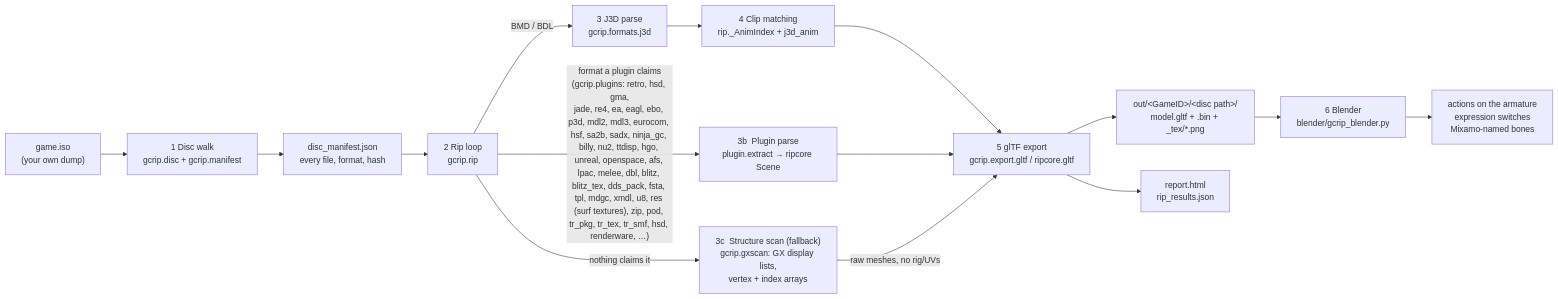
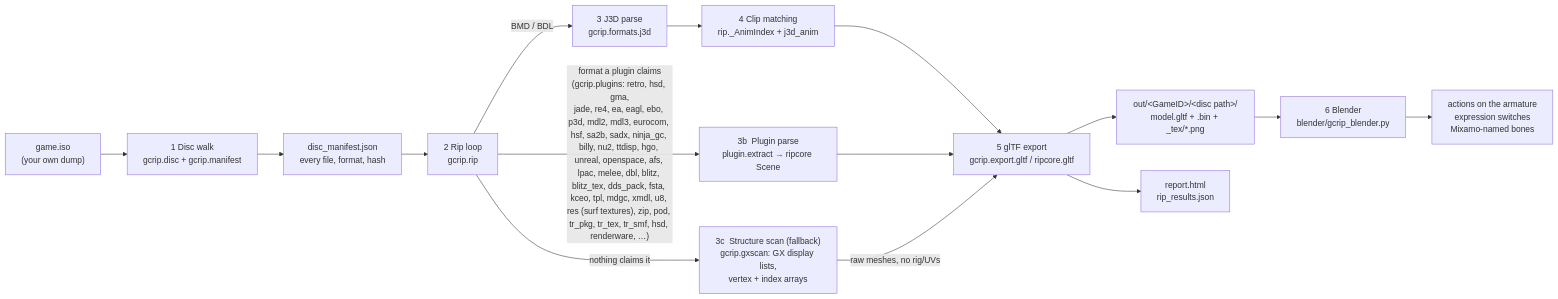
Before and after one commit to Felbs/3d-ripper-9000: the first of 9 diagrams in docs/PIPELINE.md, drawn with Mermaid. The commit also changed 6 other files, not shown here.

First line of the commit message:
gcrip kceo: Konami KCEO ARCDT archives - all 29 expand to 2,323 members

````diff
--- a/docs/PIPELINE.md
+++ b/docs/PIPELINE.md
@@ -11,17 +11,17 @@
 ```mermaid
 flowchart LR
     ISO["game.iso<br/>(your own dump)"] --> WALK["1  Disc walk<br/>gcrip.disc + gcrip.manifest"]
     WALK --> MAN["disc_manifest.json<br/>every file, format, hash"]
     MAN --> RIP["2  Rip loop<br/>gcrip.rip"]
     RIP -->|"BMD / BDL"| J3D["3  J3D parse<br/>gcrip.formats.j3d"]
-    RIP -->|"format a plugin claims<br/>(gcrip.plugins: retro, hsd, gma,<br/>jade, re4, ea, eagl, ebo, p3d, mdl2, mdl3, eurocom, hsf, sa2b, sadx, ninja_gc, billy, nu2, ttdisp, hgo, unreal, openspace, afs, lpac, melee, dbl, blitz, blitz_tex, dds_pack, fsta, tpl, mdgc, xmdl, u8, res (surf textures), zip, pod, tr_pkg, tr_tex, tr_smf, hsd, renderware, …)"| PLUG["3b  Plugin parse<br/>plugin.extract → ripcore Scene"]
+    RIP -->|"format a plugin claims<br/>(gcrip.plugins: retro, hsd, gma,<br/>jade, re4, ea, eagl, ebo, p3d, mdl2, mdl3, eurocom, hsf, sa2b, sadx, ninja_gc, billy, nu2, ttdisp, hgo, unreal, openspace, afs, lpac, melee, dbl, blitz, blitz_tex, dds_pack, fsta, kceo, tpl, mdgc, xmdl, u8, res (surf textures), zip, pod, tr_pkg, tr_tex, tr_smf, hsd, renderware, …)"| PLUG["3b  Plugin parse<br/>plugin.extract → ripcore Scene"]
     RIP -->|"nothing claims it"| GX["3c  Structure scan (fallback)<br/>gcrip.gxscan: GX display lists,<br/>vertex + index arrays"]
     J3D --> ANIM["4  Clip matching<br/>rip._AnimIndex + j3d_anim"]
     ANIM --> GLTF["5  glTF export<br/>gcrip.export.gltf / ripcore.gltf"]
     PLUG --> GLTF
     GX -->|"raw meshes, no rig/UVs"| GLTF
     GLTF --> OUT["out/&lt;GameID&gt;/&lt;disc path&gt;/<br/>model.gltf + .bin + _tex/*.png"]
     GLTF --> REP["report.html<br/>rip_results.json"]
     OUT --> BL["6  Blender<br/>blender/gcrip_blender.py"]
     BL --> PLAY["actions on the armature<br/>expression switches<br/>Mixamo-named bones"]
 ```
````
